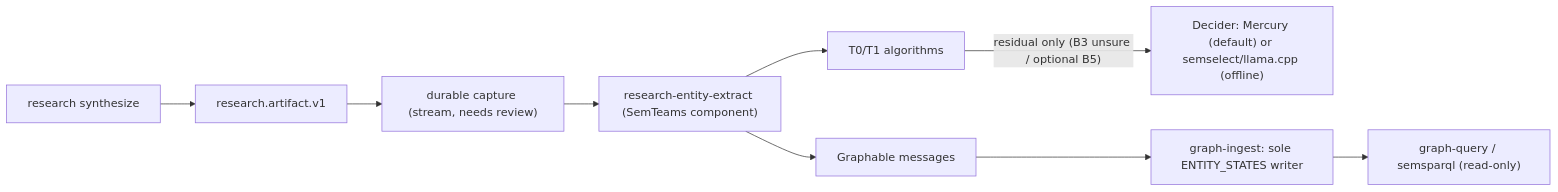
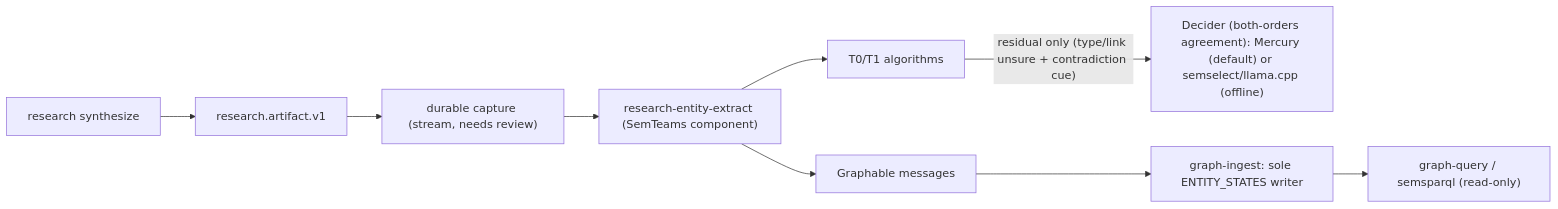
The first of 2 diagrams in docs/proposals/entity-extraction/README.md (C360Studio/semteams), drawn with Mermaid before and after one commit. The commit also changed other lines of this file and 20 other files, not shown here.

````diff
--- a/docs/proposals/entity-extraction/README.md
+++ b/docs/proposals/entity-extraction/README.md
@@ -37,11 +37,11 @@
 ```mermaid
 flowchart LR
     S["research synthesize"] --> A["research.artifact.v1"]
     A --> C["durable capture (stream, needs review)"]
     C --> X["research-entity-extract (SemTeams component)"]
     X --> T["T0/T1 algorithms"]
-    T -->|"residual only (B3 unsure / optional B5)"| D["Decider: Mercury (default) or semselect/llama.cpp (offline)"]
+    T -->|"residual only (type/link unsure + contradiction cue)"| D["Decider (both-orders agreement): Mercury (default) or semselect/llama.cpp (offline)"]
     X --> G["Graphable messages"]
     G --> I["graph-ingest: sole ENTITY_STATES writer"]
     I --> Q["graph-query / semsparql (read-only)"]
 ```
````
